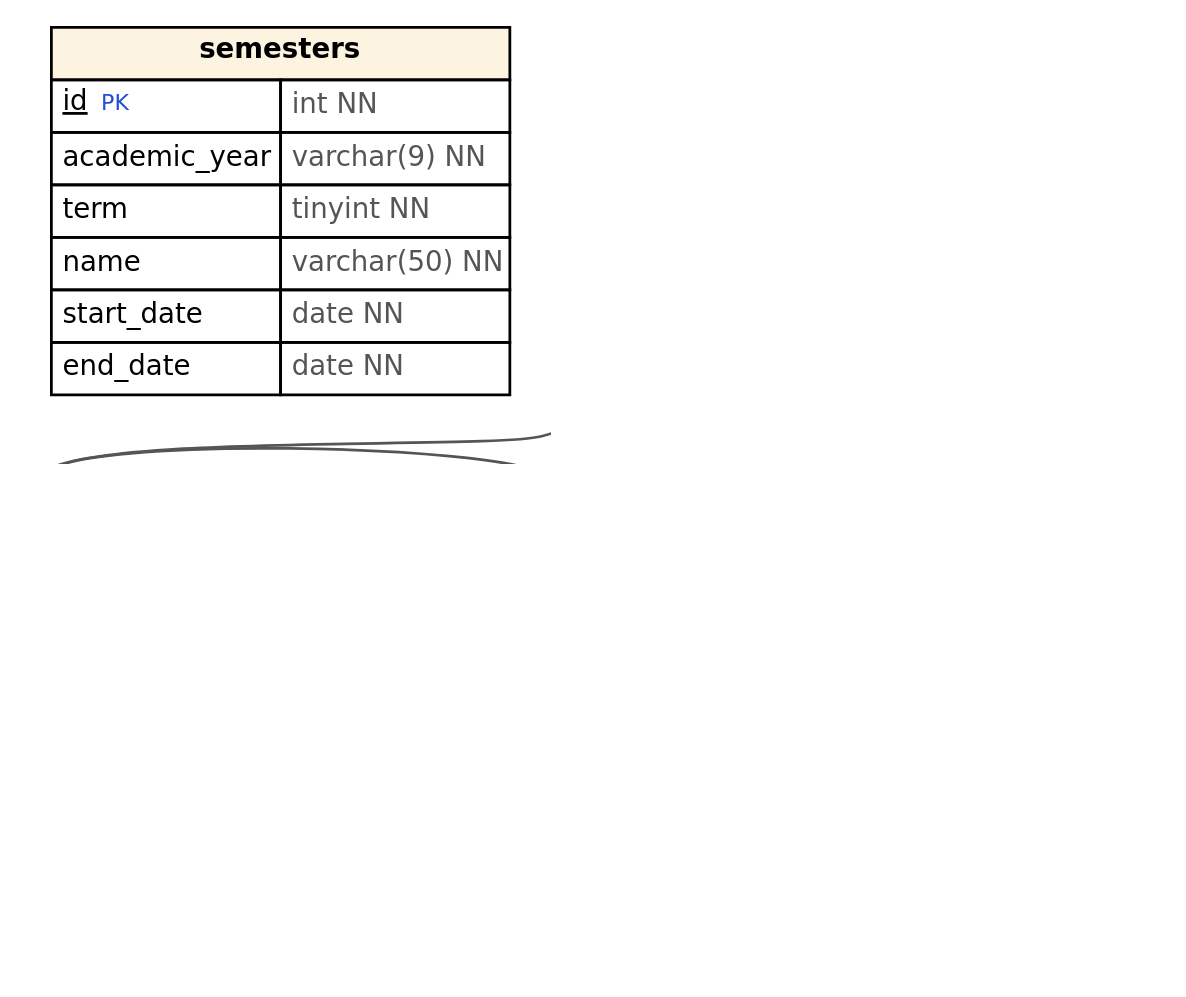
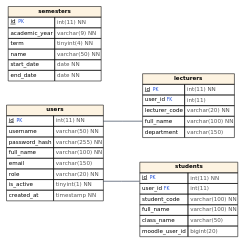
The diagram in docs/diagrams/erd_A.dot (NguyenTanYen/TLCN), drawn with Graphviz before and after one commit. The commit also changed 1230 other files, not shown here.

```diff
--- a/docs/diagrams/erd_A.dot
+++ b/docs/diagrams/erd_A.dot
@@ -1,9 +1,9 @@
-digraph G { rankdir=LR; graph [fontname="DejaVu Sans", nodesep=0.35, ranksep=0.7, dpi=160 ];
-node [shape=plaintext, fontname="DejaVu Sans", fontsize=10]; edge [color="#555555", arrowhead=crow, arrowtail=none, dir=both, arrowsize=0.7];
-"users" [label=<<table border="0" cellborder="1" cellspacing="0" cellpadding="3"><tr><td bgcolor="#FDF3E1" colspan="2"><b>users</b></td></tr><tr><td align="left" port="id"><u>id</u> <font color="#1d4ed8" point-size="8">PK</font></td><td align="left"><font color="#555555">int NN</font></td></tr><tr><td align="left" port="username">username</td><td align="left"><font color="#555555">varchar(50) NN</font></td></tr><tr><td align="left" port="password_hash">password_hash</td><td align="left"><font color="#555555">varchar(255) NN</font></td></tr><tr><td align="left" port="full_name">full_name</td><td align="left"><font color="#555555">varchar(100) NN</font></td></tr><tr><td align="left" port="email">email</td><td align="left"><font color="#555555">varchar(150)</font></td></tr><tr><td align="left" port="role">role</td><td align="left"><font color="#555555">varchar(20) NN</font></td></tr><tr><td align="left" port="is_active">is_active</td><td align="left"><font color="#555555">tinyint(1) NN</font></td></tr><tr><td align="left" port="created_at">created_at</td><td align="left"><font color="#555555">timestamp NN</font></td></tr></table>>];
-"lecturers" [label=<<table border="0" cellborder="1" cellspacing="0" cellpadding="3"><tr><td bgcolor="#FDF3E1" colspan="2"><b>lecturers</b></td></tr><tr><td align="left" port="id"><u>id</u> <font color="#1d4ed8" point-size="8">PK</font></td><td align="left"><font color="#555555">int NN</font></td></tr><tr><td align="left" port="user_id">user_id <font color="#1d4ed8" point-size="8">FK</font></td><td align="left"><font color="#555555">int</font></td></tr><tr><td align="left" port="lecturer_code">lecturer_code</td><td align="left"><font color="#555555">varchar(20) NN</font></td></tr><tr><td align="left" port="full_name">full_name</td><td align="left"><font color="#555555">varchar(100) NN</font></td></tr><tr><td align="left" port="department">department</td><td align="left"><font color="#555555">varchar(150)</font></td></tr></table>>];
-"students" [label=<<table border="0" cellborder="1" cellspacing="0" cellpadding="3"><tr><td bgcolor="#FDF3E1" colspan="2"><b>students</b></td></tr><tr><td align="left" port="id"><u>id</u> <font color="#1d4ed8" point-size="8">PK</font></td><td align="left"><font color="#555555">int NN</font></td></tr><tr><td align="left" port="user_id">user_id <font color="#1d4ed8" point-size="8">FK</font></td><td align="left"><font color="#555555">int</font></td></tr><tr><td align="left" port="student_code">student_code</td><td align="left"><font color="#555555">varchar(20) NN</font></td></tr><tr><td align="left" port="full_name">full_name</td><td align="left"><font color="#555555">varchar(100) NN</font></td></tr><tr><td align="left" port="class_name">class_name</td><td align="left"><font color="#555555">varchar(50)</font></td></tr><tr><td align="left" port="moodle_user_id">moodle_user_id</td><td align="left"><font color="#555555">bigint</font></td></tr></table>>];
-"semesters" [label=<<table border="0" cellborder="1" cellspacing="0" cellpadding="3"><tr><td bgcolor="#FDF3E1" colspan="2"><b>semesters</b></td></tr><tr><td align="left" port="id"><u>id</u> <font color="#1d4ed8" point-size="8">PK</font></td><td align="left"><font color="#555555">int NN</font></td></tr><tr><td align="left" port="academic_year">academic_year</td><td align="left"><font color="#555555">varchar(9) NN</font></td></tr><tr><td align="left" port="term">term</td><td align="left"><font color="#555555">tinyint NN</font></td></tr><tr><td align="left" port="name">name</td><td align="left"><font color="#555555">varchar(50) NN</font></td></tr><tr><td align="left" port="start_date">start_date</td><td align="left"><font color="#555555">date NN</font></td></tr><tr><td align="left" port="end_date">end_date</td><td align="left"><font color="#555555">date NN</font></td></tr></table>>];
-"users":"id" -> "lecturers":"user_id" [arrowtail=tee];
-"users":"id" -> "students":"user_id" [arrowtail=tee];
+digraph G { rankdir=LR; graph [fontname="DejaVu Sans", splines=ortho, nodesep=0.6, ranksep=0.9 ];
+node [shape=none, margin=0, fontname="DejaVu Sans", fontsize=10]; edge [color="#334155", penwidth=1.2, dir=none];
+"users" [label=<<table border="0" cellborder="1" cellspacing="0" cellpadding="3"><tr><td bgcolor="#FDF3E1" colspan="2"><b>users</b></td></tr><tr><td align="left" port="id"><u>id</u> <font color="#1d4ed8" point-size="8">PK</font></td><td align="left"><font color="#555555">int(11) NN</font></td></tr><tr><td align="left" port="username">username</td><td align="left"><font color="#555555">varchar(50) NN</font></td></tr><tr><td align="left" port="password_hash">password_hash</td><td align="left"><font color="#555555">varchar(255) NN</font></td></tr><tr><td align="left" port="full_name">full_name</td><td align="left"><font color="#555555">varchar(100) NN</font></td></tr><tr><td align="left" port="email">email</td><td align="left"><font color="#555555">varchar(150)</font></td></tr><tr><td align="left" port="role">role</td><td align="left"><font color="#555555">varchar(20) NN</font></td></tr><tr><td align="left" port="is_active">is_active</td><td align="left"><font color="#555555">tinyint(1) NN</font></td></tr><tr><td align="left" port="created_at">created_at</td><td align="left"><font color="#555555">timestamp NN</font></td></tr></table>>];
+"lecturers" [label=<<table border="0" cellborder="1" cellspacing="0" cellpadding="3"><tr><td bgcolor="#FDF3E1" colspan="2"><b>lecturers</b></td></tr><tr><td align="left" port="id"><u>id</u> <font color="#1d4ed8" point-size="8">PK</font></td><td align="left"><font color="#555555">int(11) NN</font></td></tr><tr><td align="left" port="user_id">user_id <font color="#1d4ed8" point-size="8">FK</font></td><td align="left"><font color="#555555">int(11)</font></td></tr><tr><td align="left" port="lecturer_code">lecturer_code</td><td align="left"><font color="#555555">varchar(20) NN</font></td></tr><tr><td align="left" port="full_name">full_name</td><td align="left"><font color="#555555">varchar(100) NN</font></td></tr><tr><td align="left" port="department">department</td><td align="left"><font color="#555555">varchar(150)</font></td></tr></table>>];
+"students" [label=<<table border="0" cellborder="1" cellspacing="0" cellpadding="3"><tr><td bgcolor="#FDF3E1" colspan="2"><b>students</b></td></tr><tr><td align="left" port="id"><u>id</u> <font color="#1d4ed8" point-size="8">PK</font></td><td align="left"><font color="#555555">int(11) NN</font></td></tr><tr><td align="left" port="user_id">user_id <font color="#1d4ed8" point-size="8">FK</font></td><td align="left"><font color="#555555">int(11)</font></td></tr><tr><td align="left" port="student_code">student_code</td><td align="left"><font color="#555555">varchar(100) NN</font></td></tr><tr><td align="left" port="full_name">full_name</td><td align="left"><font color="#555555">varchar(100) NN</font></td></tr><tr><td align="left" port="class_name">class_name</td><td align="left"><font color="#555555">varchar(50)</font></td></tr><tr><td align="left" port="moodle_user_id">moodle_user_id</td><td align="left"><font color="#555555">bigint(20)</font></td></tr></table>>];
+"semesters" [label=<<table border="0" cellborder="1" cellspacing="0" cellpadding="3"><tr><td bgcolor="#FDF3E1" colspan="2"><b>semesters</b></td></tr><tr><td align="left" port="id"><u>id</u> <font color="#1d4ed8" point-size="8">PK</font></td><td align="left"><font color="#555555">int(11) NN</font></td></tr><tr><td align="left" port="academic_year">academic_year</td><td align="left"><font color="#555555">varchar(9) NN</font></td></tr><tr><td align="left" port="term">term</td><td align="left"><font color="#555555">tinyint(4) NN</font></td></tr><tr><td align="left" port="name">name</td><td align="left"><font color="#555555">varchar(50) NN</font></td></tr><tr><td align="left" port="start_date">start_date</td><td align="left"><font color="#555555">date NN</font></td></tr><tr><td align="left" port="end_date">end_date</td><td align="left"><font color="#555555">date NN</font></td></tr></table>>];
+"users" -> "students" [id="fk__users__students__user_id"];
+"users" -> "lecturers" [id="fk__users__lecturers__user_id"];
 }
```
